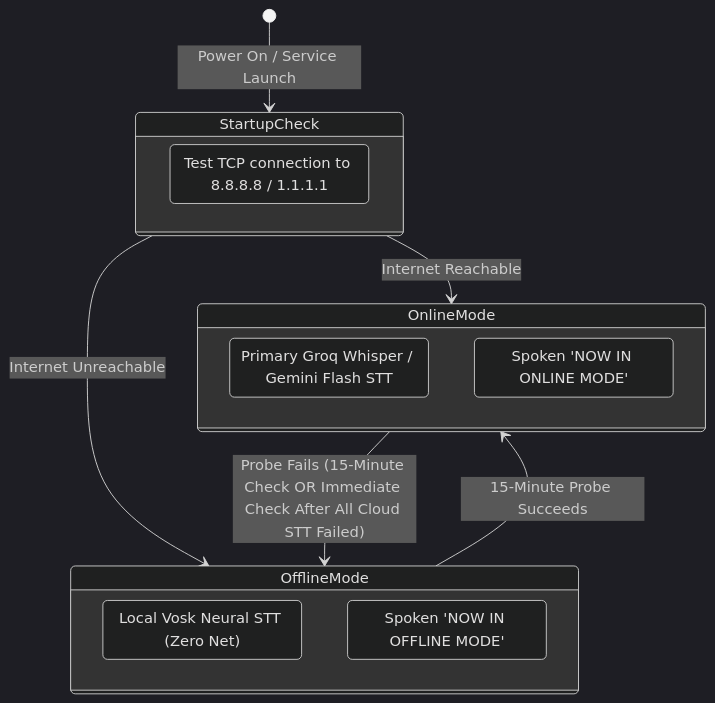
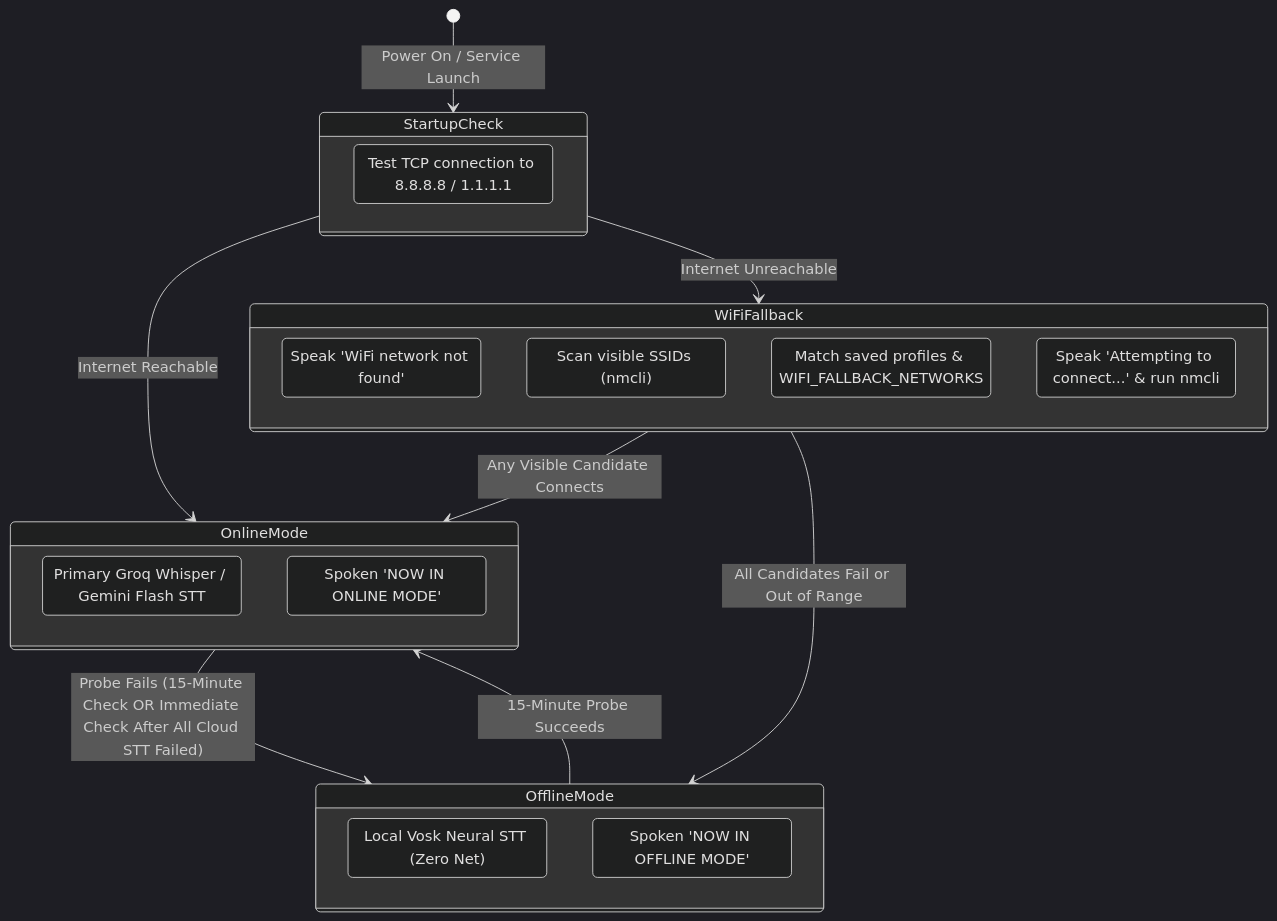
Before and after one commit to sancheza/alsageist: the second of 2 diagrams in docs/architecture.md, drawn with Mermaid (dark theme). The commit also changed other lines of this file and 15 other files, not shown here.

````diff
--- a/docs/architecture.md
+++ b/docs/architecture.md
@@ -159,25 +160,35 @@
 ```mermaid
 stateDiagram-v2
     [*] --> StartupCheck: Power On / Service Launch
     
     state StartupCheck {
         direction LR
         TCP_Probe: Test TCP connection to 8.8.8.8 / 1.1.1.1
     }
     
     StartupCheck --> OnlineMode: Internet Reachable
-    StartupCheck --> OfflineMode: Internet Unreachable
+    StartupCheck --> WiFiFallback: Internet Unreachable
+    
+    state WiFiFallback {
+        AnnounceMissing: Speak 'WiFi network not found'
+        ScanAirwaves: Scan visible SSIDs (nmcli)
+        FilterCandidates: Match saved profiles & WIFI_FALLBACK_NETWORKS
+        AttemptConnect: Speak 'Attempting to connect...' & run nmcli
+    }
+    
+    WiFiFallback --> OnlineMode: Any Visible Candidate Connects
+    WiFiFallback --> OfflineMode: All Candidates Fail or Out of Range
     
     state OnlineMode {
         OnlineSTT: Primary Groq Whisper / Gemini Flash STT
         OnlineAnnounce: Spoken 'NOW IN ONLINE MODE'
     }
     
     state OfflineMode {
         OfflineSTT: Local Vosk Neural STT (Zero Net)
         OfflineAnnounce: Spoken 'NOW IN OFFLINE MODE'
     }
     
     OnlineMode --> OfflineMode: Probe Fails (15-Minute Check OR Immediate Check After All Cloud STT Failed)
     OfflineMode --> OnlineMode: 15-Minute Probe Succeeds
 ```
````
